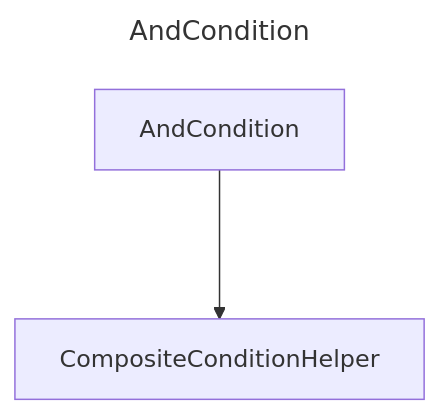
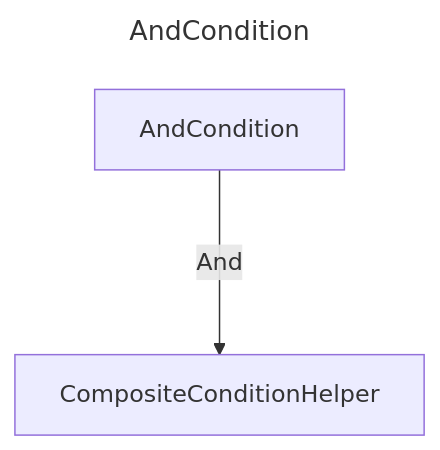
The diagram in docs/docs/layout/erd/AndCondition.md (douglassimonsen/pbi_core), drawn with Mermaid before and after one commit. The commit also changed 77 other files, not shown here.

Commit message:
Updated to color code the layout ERD

````diff
--- a/docs/docs/layout/erd/AndCondition.md
+++ b/docs/docs/layout/erd/AndCondition.md
@@ -1,9 +1,9 @@
 ```mermaid
 ---
 title: AndCondition
 ---
 graph 
-2721641843232["AndCondition"]
-2721641842256["CompositeConditionHelper"]
-2721641843232 ---> 2721641842256
+2430071871440["CompositeConditionHelper"]
+2430071876320["AndCondition"]
+2430071876320 --->|And| 2430071871440
 ```
````
